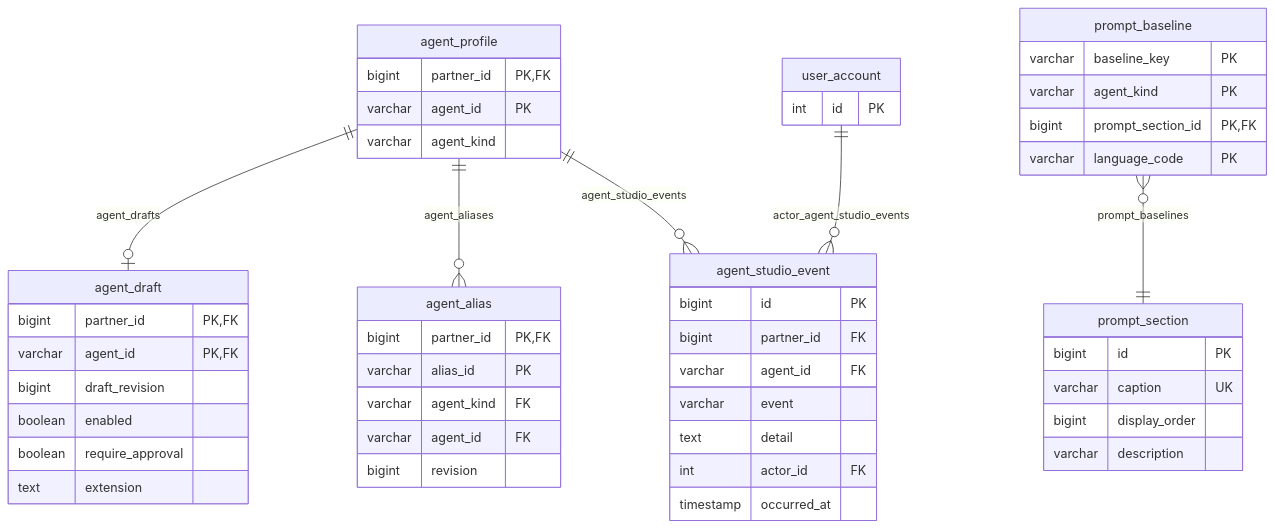
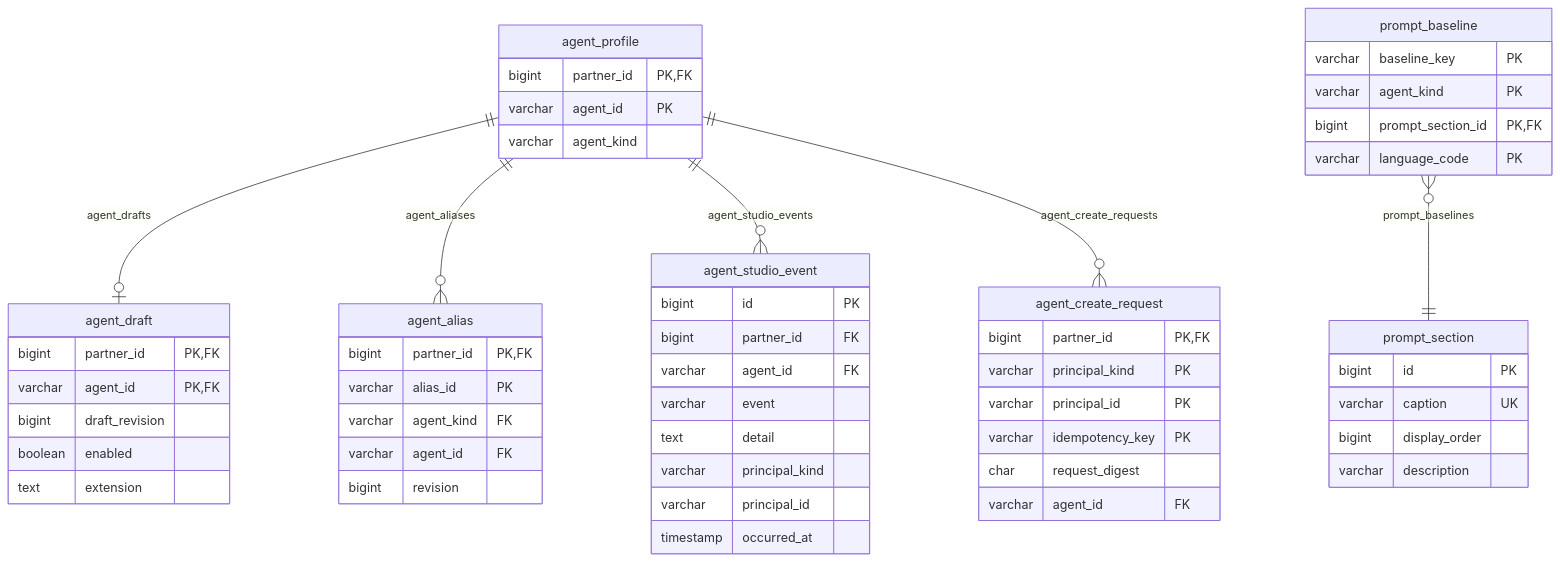
Before and after one commit to nauticana/scout: the sixth of 18 diagrams in doc/database.md, drawn with Mermaid. The commit also changed other lines of this file and 119 other files, not shown here.

Commit message:
Studio lifecycle and per-agent authorization, typed turn addressing, approval desk-commit 1

````diff
--- a/doc/database.md
+++ b/doc/database.md
@@ -712,53 +715,58 @@
 ```mermaid
 erDiagram
     agent_profile ||--o| agent_draft : agent_drafts
     agent_profile ||--o{ agent_alias : agent_aliases
     prompt_baseline }o--|| prompt_section : prompt_baselines
     agent_profile ||--o{ agent_studio_event : agent_studio_events
-    user_account ||--o{ agent_studio_event : actor_agent_studio_events
+    agent_profile ||--o{ agent_create_request : agent_create_requests
 
-    user_account {
-        int id PK
-    }
     agent_studio_event {
         bigint id PK
         bigint partner_id FK
         varchar agent_id FK
         varchar event
         text detail
-        int actor_id FK
+        varchar principal_kind
+        varchar principal_id
         timestamp occurred_at
+    }
+    agent_create_request {
+        bigint partner_id PK,FK
+        varchar principal_kind PK
+        varchar principal_id PK
+        varchar idempotency_key PK
+        char request_digest
+        varchar agent_id FK
     }
     agent_profile {
         bigint partner_id PK,FK
         varchar agent_id PK
         varchar agent_kind
     }
     agent_draft {
         bigint partner_id PK,FK
         varchar agent_id PK,FK
         bigint draft_revision
         boolean enabled
-        boolean require_approval
         text extension
     }
     agent_alias {
         bigint partner_id PK,FK
         varchar alias_id PK
         varchar agent_kind FK
         varchar agent_id FK
         bigint revision
     }
     prompt_section {
         bigint id PK
         varchar caption UK
         bigint display_order
         varchar description
     }
     prompt_baseline {
         varchar baseline_key PK
         varchar agent_kind PK
         bigint prompt_section_id PK,FK
         varchar language_code PK
     }
 ```
````
